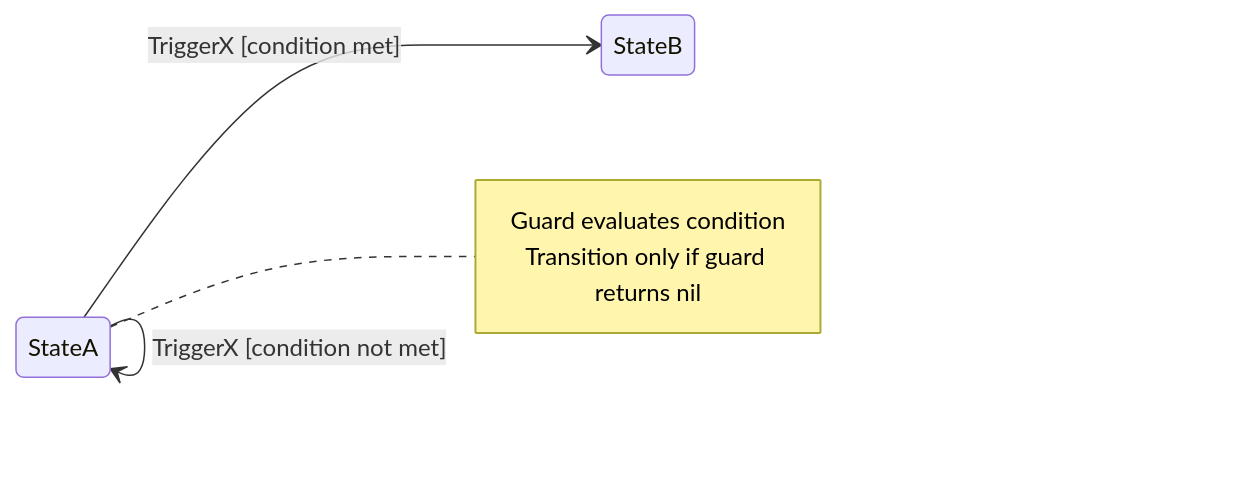
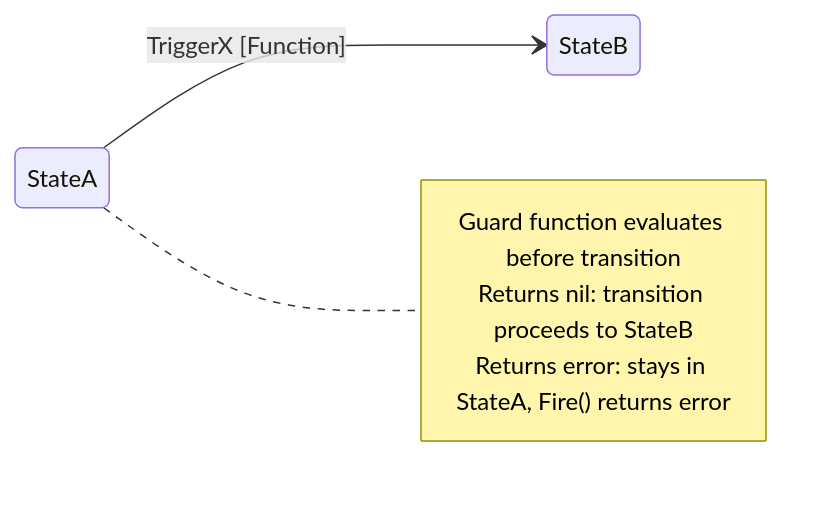
Before and after one commit to atlekbai/stateless: the third of 10 diagrams in README.md, drawn with Mermaid. The commit also changed other lines of this file, not shown here.

Commit message:
Refactor README to streamline Mermaid diagram examples and clarify guard conditions

````diff
--- a/README.md
+++ b/README.md
@@ -159,11 +135,11 @@
 ```mermaid
 stateDiagram-v2
     direction LR
-    StateA --> StateB: TriggerX [condition met]
-    StateA --> StateA: TriggerX [condition not met]
+    StateA --> StateB: TriggerX [Function]
 
     note right of StateA
-        Guard evaluates condition
-        Transition only if guard returns nil
+        Guard function evaluates before transition
+        Returns nil: transition proceeds to StateB
+        Returns error: stays in StateA, Fire() returns error
     end note
 ```
````
